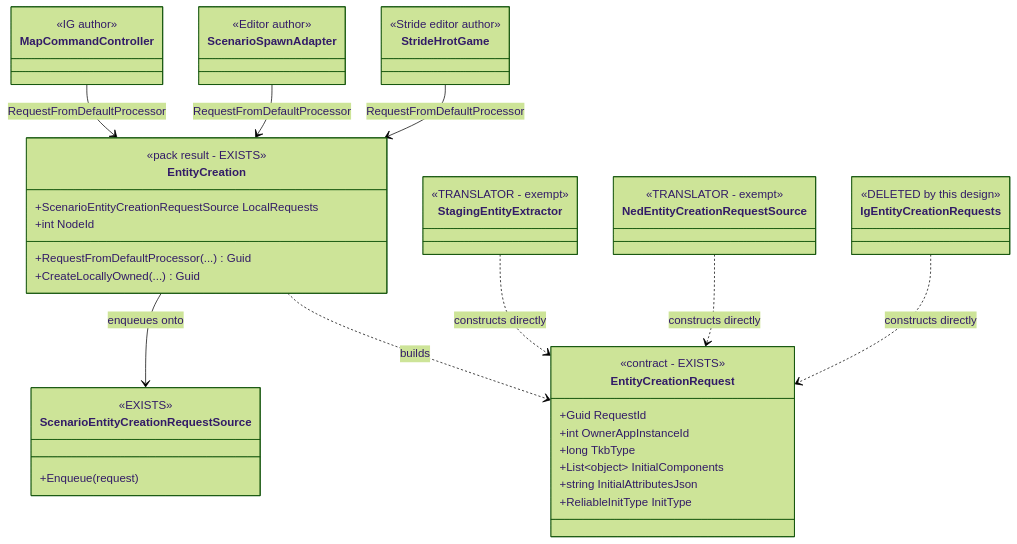
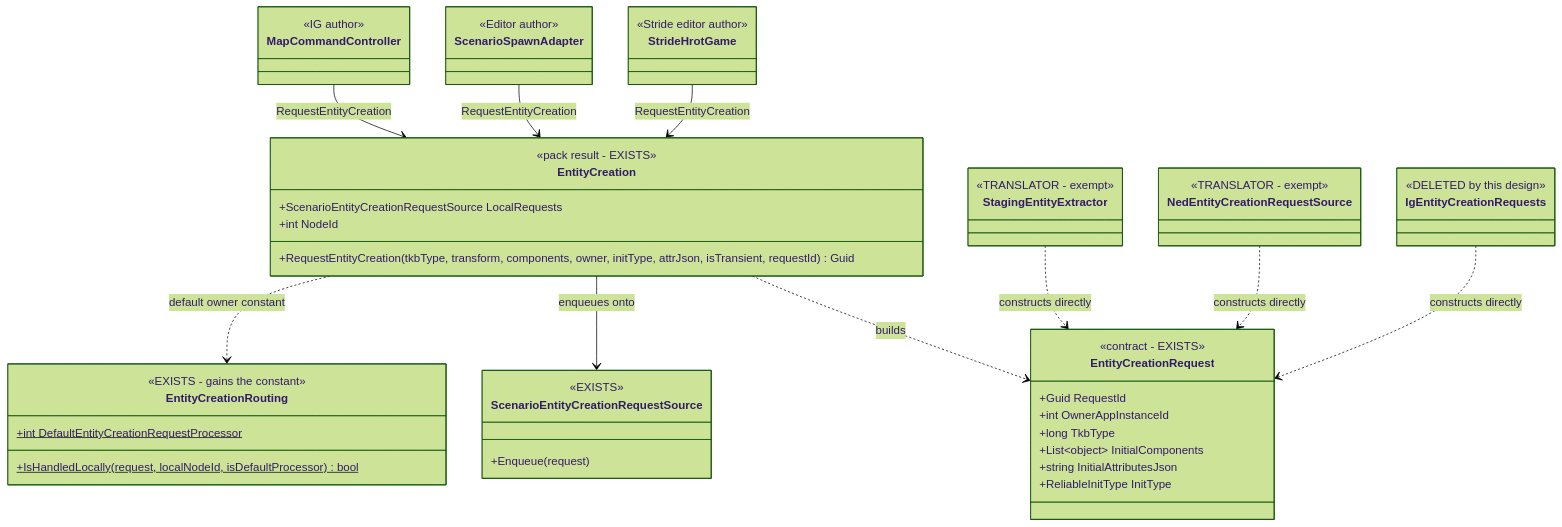
Before and after one commit to pjanec/HROT: the second of 2 diagrams in docs/DESIGN_Entity_Authoring_Surface.md, drawn with Mermaid (forest theme). The commit also changed other lines of this file and 1 other file, not shown here.

First line of the commit message:
docs: the authoring surface collapses to ONE method, and gains the creation sequence

````diff
--- a/docs/DESIGN_Entity_Authoring_Surface.md
+++ b/docs/DESIGN_Entity_Authoring_Surface.md
@@ -156,50 +276,55 @@
 ```mermaid
 classDiagram
     class EntityCreation {
         <<pack result - EXISTS>>
         +ScenarioEntityCreationRequestSource LocalRequests
         +int NodeId
-        +RequestFromDefaultProcessor(...) Guid
-        +CreateLocallyOwned(...) Guid
+        +RequestEntityCreation(tkbType, transform, components, owner, initType, attrJson, isTransient, requestId) Guid
+    }
+    class EntityCreationRouting {
+        <<EXISTS - gains the constant>>
+        +int DefaultEntityCreationRequestProcessor$
+        +IsHandledLocally(request, localNodeId, isDefaultProcessor) bool$
     }
     class EntityCreationRequest {
         <<contract - EXISTS>>
         +Guid RequestId
         +int OwnerAppInstanceId
         +long TkbType
         +List~object~ InitialComponents
         +string InitialAttributesJson
         +ReliableInitType InitType
     }
     class ScenarioEntityCreationRequestSource {
         <<EXISTS>>
         +Enqueue(request)
     }
     class MapCommandController {
         <<IG author>>
     }
     class ScenarioSpawnAdapter {
         <<Editor author>>
     }
     class StrideHrotGame {
         <<Stride editor author>>
     }
     class StagingEntityExtractor {
         <<TRANSLATOR - exempt>>
     }
     class NedEntityCreationRequestSource {
         <<TRANSLATOR - exempt>>
     }
     class IgEntityCreationRequests {
         <<DELETED by this design>>
     }
 
     EntityCreation --> ScenarioEntityCreationRequestSource : enqueues onto
     EntityCreation ..> EntityCreationRequest : builds
-    MapCommandController --> EntityCreation : RequestFromDefaultProcessor
-    ScenarioSpawnAdapter --> EntityCreation : RequestFromDefaultProcessor
-    StrideHrotGame --> EntityCreation : RequestFromDefaultProcessor
+    EntityCreation ..> EntityCreationRouting : default owner constant
+    MapCommandController --> EntityCreation : RequestEntityCreation
+    ScenarioSpawnAdapter --> EntityCreation : RequestEntityCreation
+    StrideHrotGame --> EntityCreation : RequestEntityCreation
     StagingEntityExtractor ..> EntityCreationRequest : constructs directly
     NedEntityCreationRequestSource ..> EntityCreationRequest : constructs directly
     IgEntityCreationRequests ..> EntityCreationRequest : constructs directly
 ```
````
